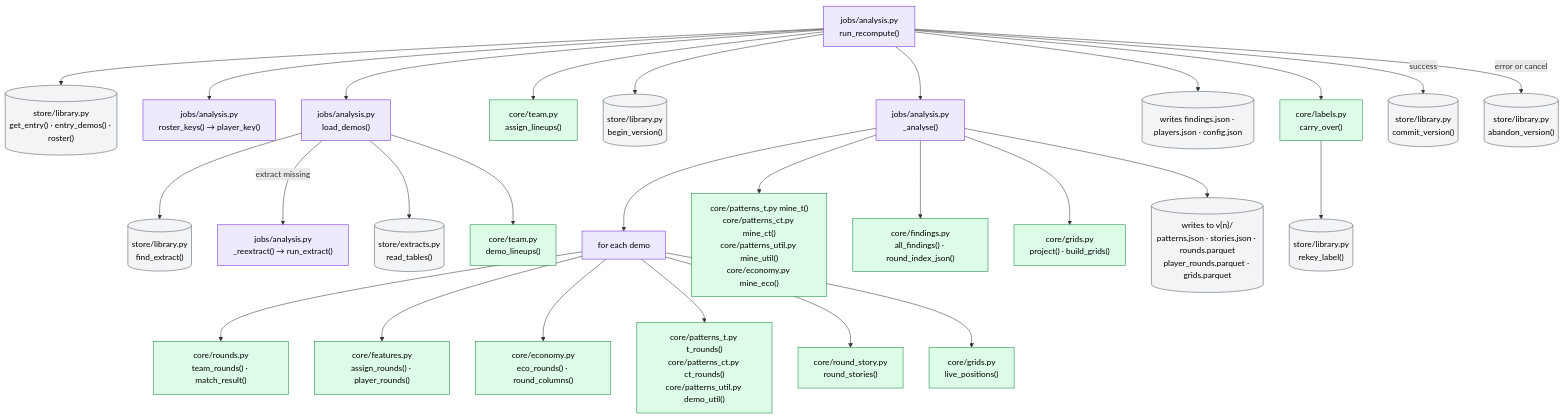
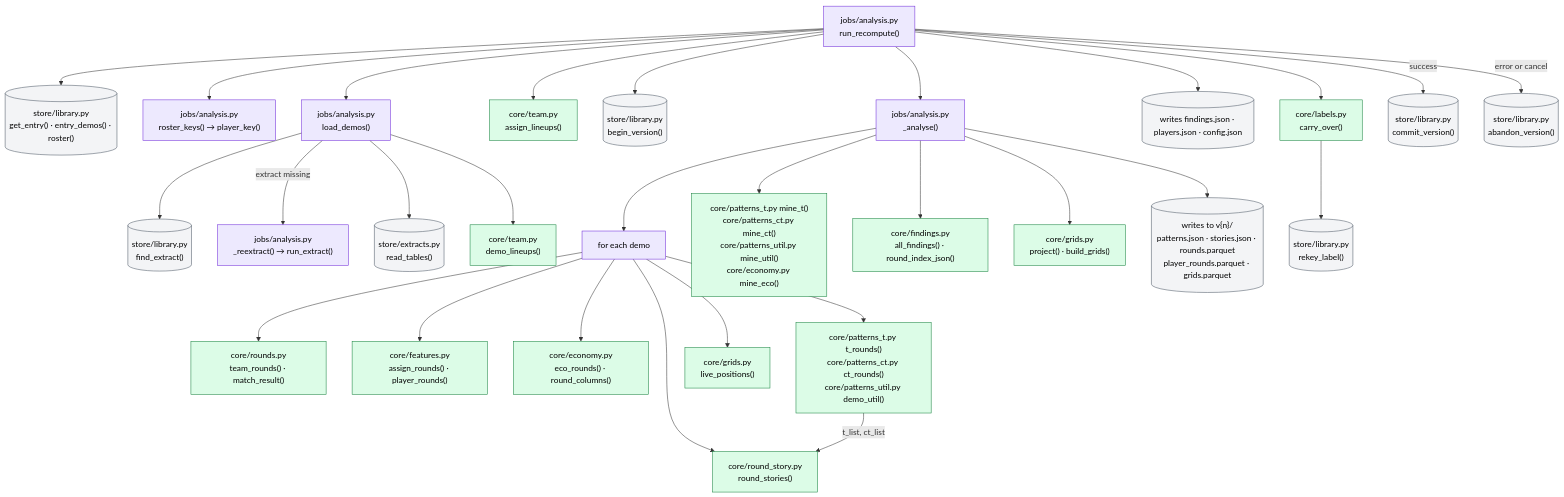
The fifth of 8 diagrams in docs/workflows/call-graph.md (GeorgeMac06/CS2-demo-analyser), drawn with Mermaid before and after one commit. The commit also changed 17 other files, not shown here.

````diff
--- a/docs/workflows/call-graph.md
+++ b/docs/workflows/call-graph.md
@@ -152,37 +152,38 @@
 ```mermaid
 flowchart TD
   RR["jobs/analysis.py<br/>run_recompute()"]:::job
   RR --> GE[("store/library.py<br/>get_entry() · entry_demos() · roster()")]:::store
   RR --> RK["jobs/analysis.py<br/>roster_keys() → player_key()"]:::job
   RR --> LD["jobs/analysis.py<br/>load_demos()"]:::job
   LD --> FE[("store/library.py<br/>find_extract()")]:::store
   LD -->|"extract missing"| RX["jobs/analysis.py<br/>_reextract() → run_extract()"]:::job
   LD --> RT[("store/extracts.py<br/>read_tables()")]:::store
   LD --> DL["core/team.py<br/>demo_lineups()"]:::core
   RR --> AL["core/team.py<br/>assign_lineups()"]:::core
   RR --> BV[("store/library.py<br/>begin_version()")]:::store
   RR --> AN["jobs/analysis.py<br/>_analyse()"]:::job
 
   AN --> LOOP["for each demo"]:::job
   LOOP --> R1["core/rounds.py<br/>team_rounds() · match_result()"]:::core
   LOOP --> R2["core/features.py<br/>assign_rounds() · player_rounds()"]:::core
   LOOP --> R3["core/economy.py<br/>eco_rounds() · round_columns()"]:::core
   LOOP --> R4["core/patterns_t.py t_rounds()<br/>core/patterns_ct.py ct_rounds()<br/>core/patterns_util.py demo_util()"]:::core
   LOOP --> R5["core/round_story.py<br/>round_stories()"]:::core
+  R4 -->|"t_list, ct_list"| R5
   LOOP --> R6["core/grids.py<br/>live_positions()"]:::core
 
   AN --> MI["core/patterns_t.py mine_t()<br/>core/patterns_ct.py mine_ct()<br/>core/patterns_util.py mine_util()<br/>core/economy.py mine_eco()"]:::core
   AN --> AF["core/findings.py<br/>all_findings() · round_index_json()"]:::core
   AN --> GR["core/grids.py<br/>project() · build_grids()"]:::core
   AN --> WR[("writes to v{n}/<br/>patterns.json · stories.json · rounds.parquet<br/>player_rounds.parquet · grids.parquet")]:::store
 
   RR --> WF[("writes findings.json · players.json · config.json")]:::store
   RR --> CO["core/labels.py<br/>carry_over()"]:::core
   CO --> RL[("store/library.py<br/>rekey_label()")]:::store
   RR -->|"success"| CV[("store/library.py<br/>commit_version()")]:::store
   RR -->|"error or cancel"| AV[("store/library.py<br/>abandon_version()")]:::store
 
   classDef job fill:#ede9fe,stroke:#6d28d9,color:#000
   classDef core fill:#dcfce7,stroke:#15803d,color:#000
   classDef store fill:#f3f4f6,stroke:#4b5563,color:#000
 ```
````
